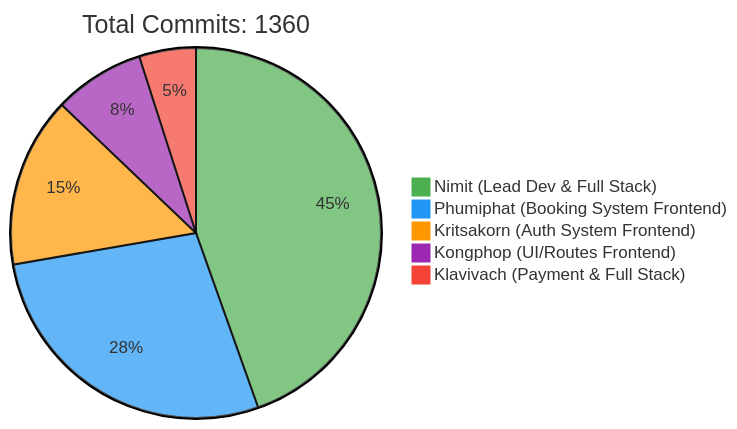
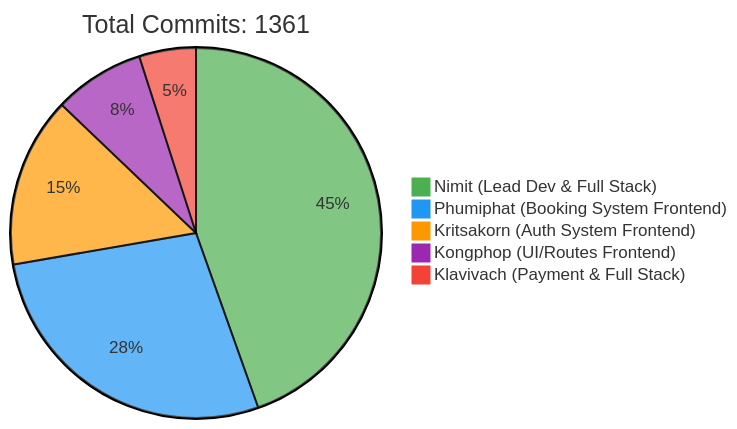
The first of 2 diagrams in README.md (6531503042/Sport-Complex), drawn with Mermaid before and after one commit. The commit also changed other lines of this file, not shown here.

Commit message:
docs: Update contributor statistics [skip ci]

````diff
--- a/README.md
+++ b/README.md
@@ -257,10 +257,10 @@
 ```mermaid
 %%{init: {'theme': 'base', 'themeVariables': { 'pie1': '#4CAF50', 'pie2': '#2196F3', 'pie3': '#FF9800', 'pie4': '#9C27B0', 'pie5': '#F44336'}}}%%
 pie
-    title Total Commits: 1360
+    title Total Commits: 1361
     "Nimit (Lead Dev & Full Stack)" : 450
     "Phumiphat (Booking System Frontend)" : 280
     "Kritsakorn (Auth System Frontend)" : 150
     "Kongphop (UI/Routes Frontend)" : 80
     "Klavivach (Payment & Full Stack)" : 50
 ```
````
